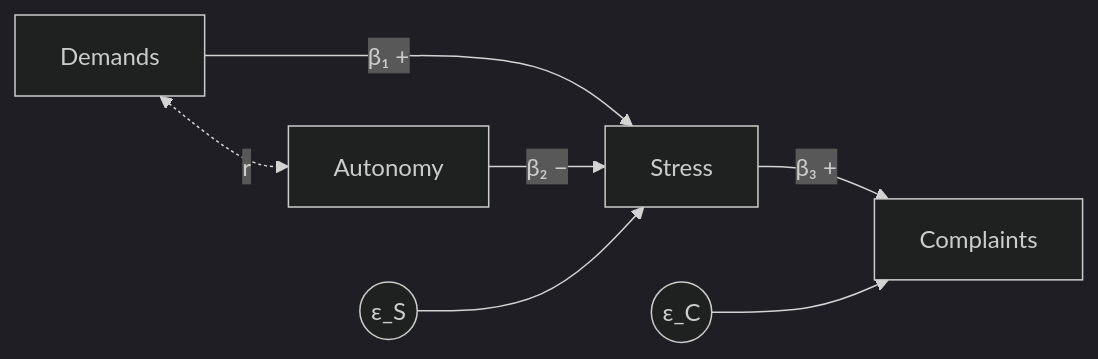
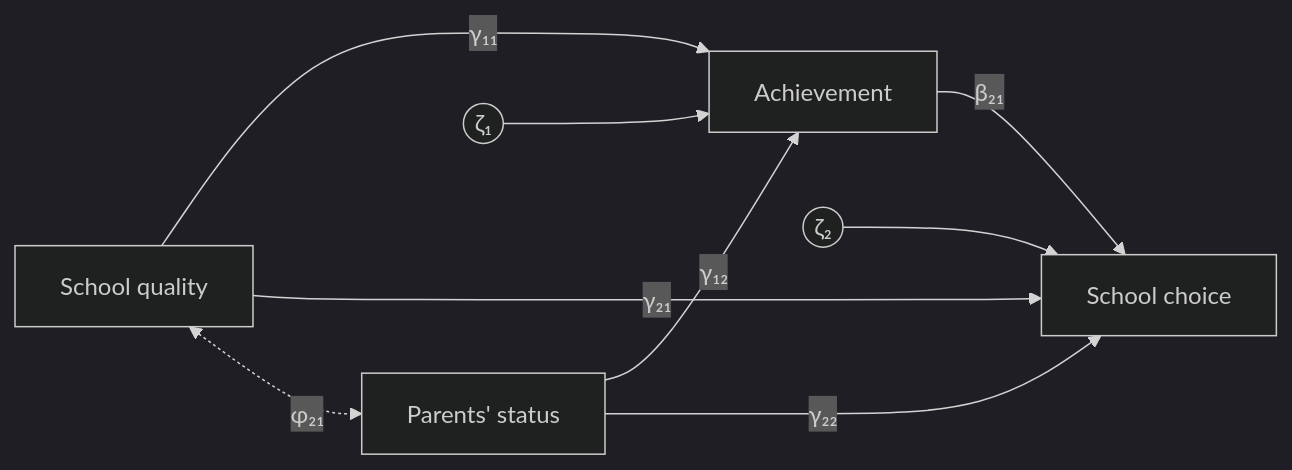
The diagram in 02-theory-to-linear-models.qmd (daob/stads-book), drawn with Mermaid (dark theme) before and after one commit. The commit also changed other lines of this file, not shown here.

````diff
--- a/02-theory-to-linear-models.qmd
+++ b/02-theory-to-linear-models.qmd
@@ -57,10 +56,12 @@
 ```{mermaid}
-%%| fig-cap: "Path diagram of the stress model. Single-headed arrows are causal claims; the double-headed arc is a covariance we allow but do not explain; the epsilons are everything-else."
+%%| fig-cap: "The simplified school-career model. Rectangles: observed variables. Single arrows: causal claims. The curved double arrow: covariation we allow but do not explain."
 flowchart LR
-  D[Demands] -->|β₁ +| S[Stress]
-  A[Autonomy] -->|β₂ −| S
-  S -->|β₃ +| C[Complaints]
-  D <-.->|r| A
-  eS((ε_S)) --> S
-  eC((ε_C)) --> C
+  x1[School quality] -->|γ₁₁| y1[Achievement]
+  x2[Parents' status] -->|γ₁₂| y1
+  y1 -->|β₂₁| y2[School choice]
+  x1 -->|γ₂₁| y2
+  x2 -->|γ₂₂| y2
+  x1 <-.->|φ₂₁| x2
+  z1((ζ₁)) --> y1
+  z2((ζ₂)) --> y2
 ```
````
